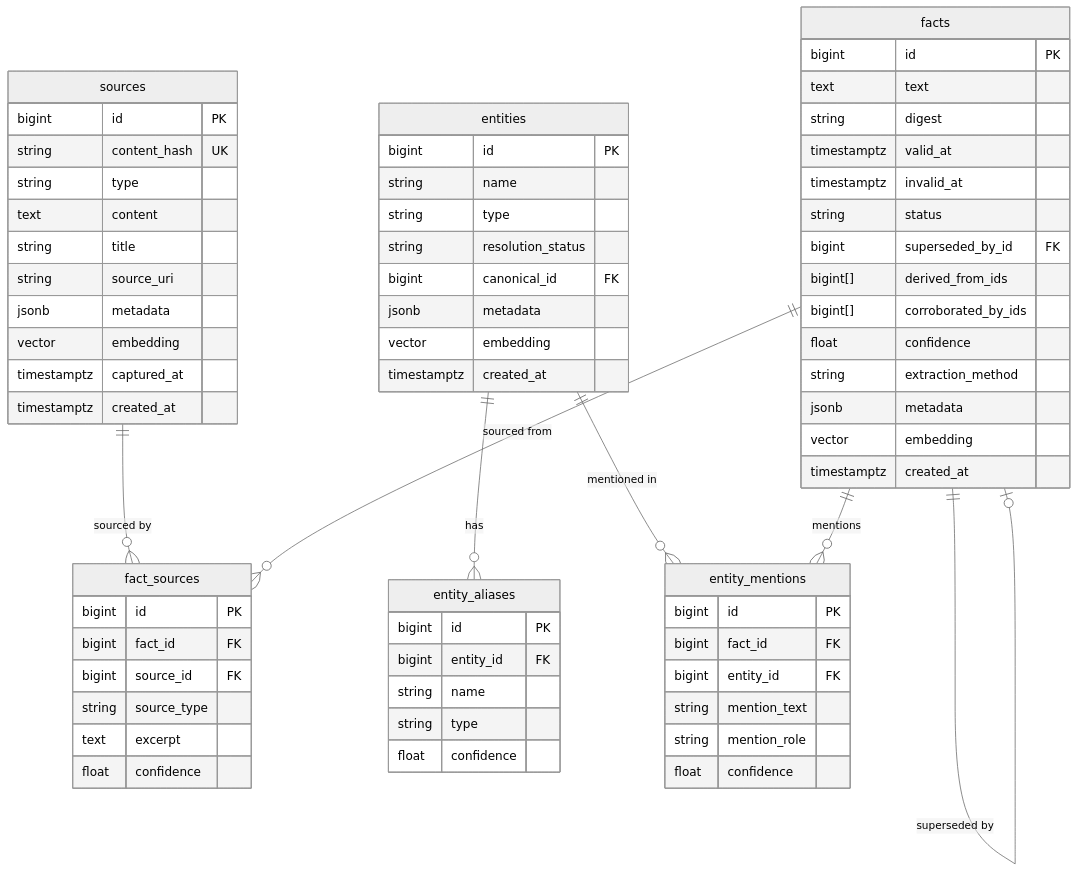
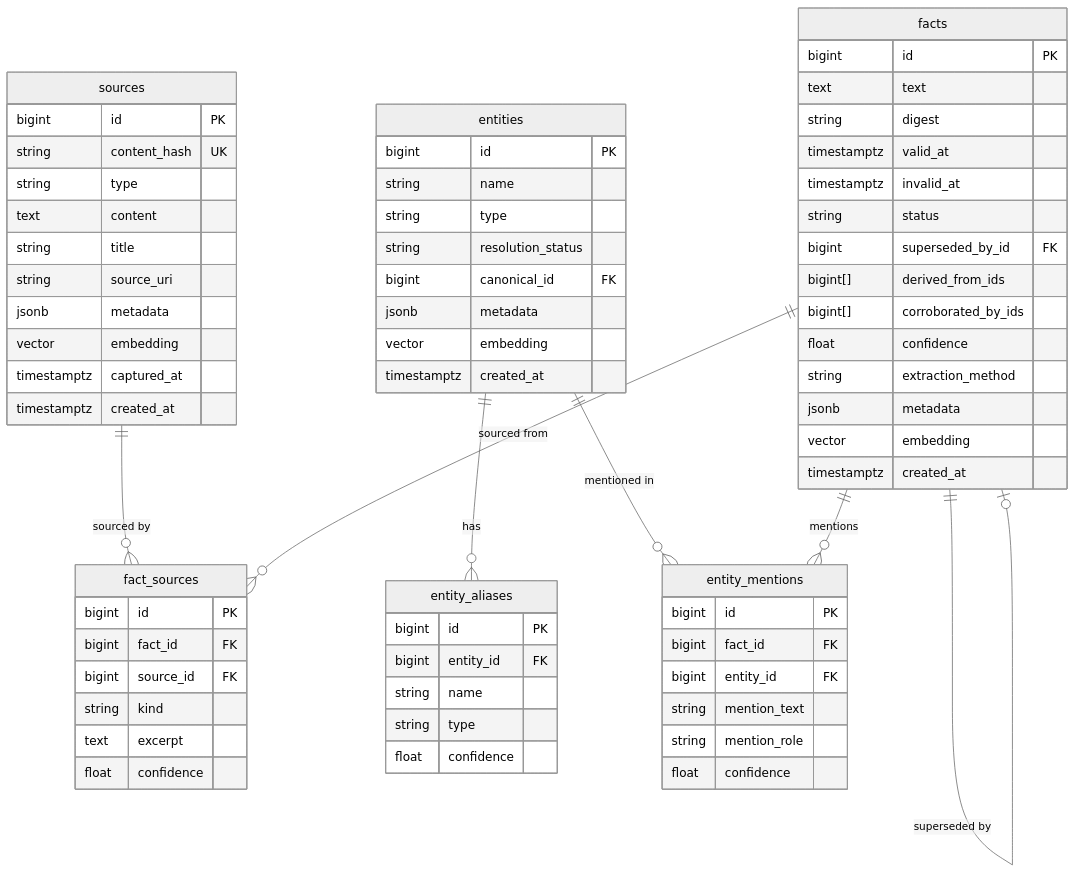
The diagram in docs/architecture/database-schema.md (MadBomber/fact_db), drawn with Mermaid (neutral theme) before and after one commit. The commit also changed other lines of this file and 59 other files, not shown here.

First line of the commit message:
refactor(naming): replace 'type' with 'kind' in database and code

````diff
--- a/docs/architecture/database-schema.md
+++ b/docs/architecture/database-schema.md
@@ -7,76 +7,76 @@
 ```mermaid
 erDiagram
     sources ||--o{ fact_sources : "sourced by"
     entities ||--o{ entity_aliases : "has"
     entities ||--o{ entity_mentions : "mentioned in"
     facts ||--o{ entity_mentions : "mentions"
     facts ||--o{ fact_sources : "sourced from"
     facts ||--o| facts : "superseded by"
 
     sources {
         bigint id PK
         string content_hash UK
         string type
         text content
         string title
         string source_uri
         jsonb metadata
         vector embedding
         timestamptz captured_at
         timestamptz created_at
     }
 
     entities {
         bigint id PK
         string name
         string type
         string resolution_status
         bigint canonical_id FK
         jsonb metadata
         vector embedding
         timestamptz created_at
     }
 
     entity_aliases {
         bigint id PK
         bigint entity_id FK
         string name
         string type
         float confidence
     }
 
     facts {
         bigint id PK
         text text
         string digest
         timestamptz valid_at
         timestamptz invalid_at
         string status
         bigint superseded_by_id FK
         bigint[] derived_from_ids
         bigint[] corroborated_by_ids
         float confidence
         string extraction_method
         jsonb metadata
         vector embedding
         timestamptz created_at
     }
 
     entity_mentions {
         bigint id PK
         bigint fact_id FK
         bigint entity_id FK
         string mention_text
         string mention_role
         float confidence
     }
 
     fact_sources {
         bigint id PK
         bigint fact_id FK
         bigint source_id FK
-        string source_type
+        string kind
         text excerpt
         float confidence
     }
 ```
````
